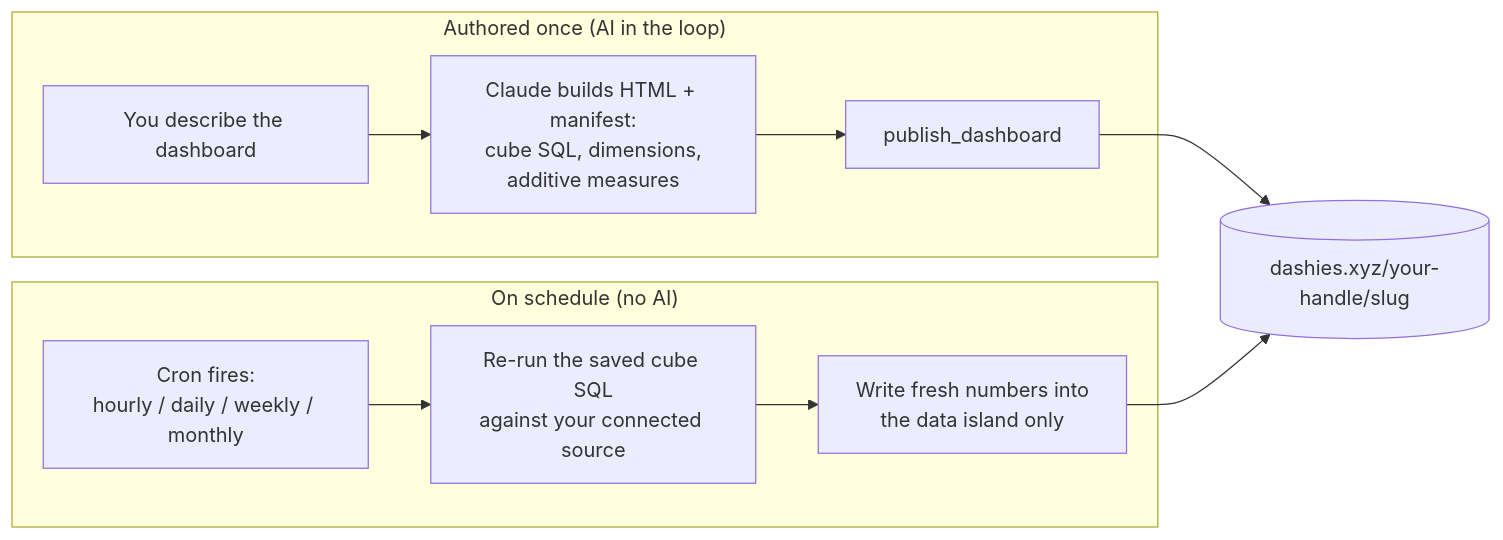
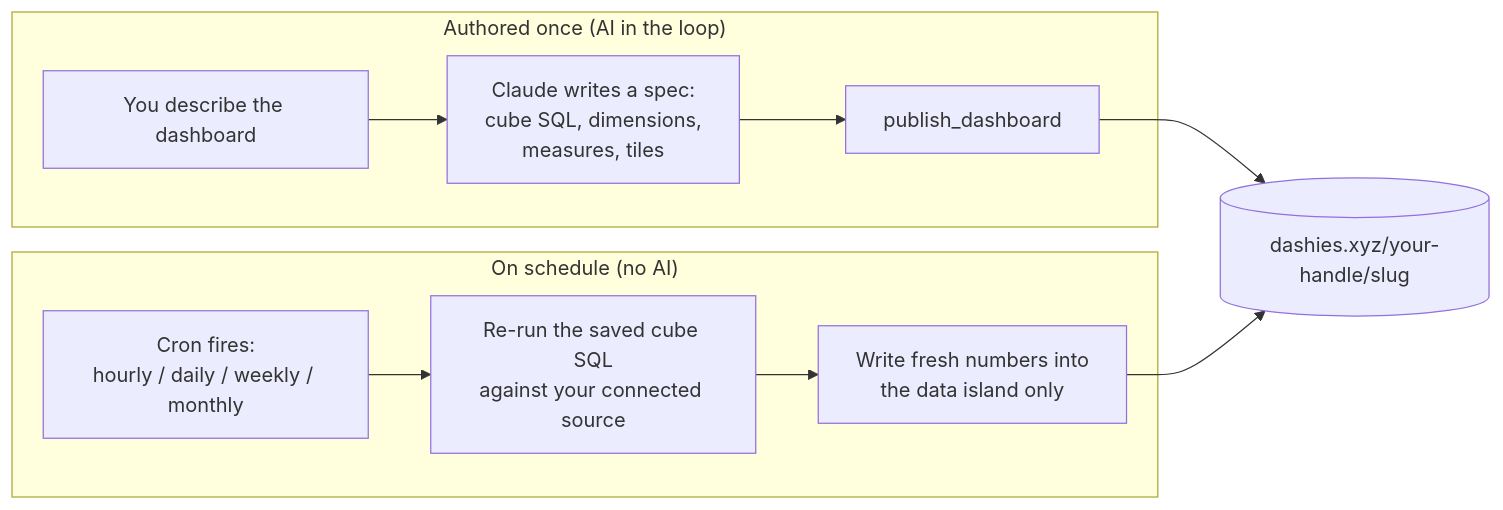
Before and after one commit to Dashies-ai/dashies-plugin: the diagram in README.md, drawn with Mermaid. The commit also changed other lines of this file and 12 other files, not shown here.

````diff
--- a/README.md
+++ b/README.md
@@ -111,13 +111,13 @@
 ```mermaid
 flowchart LR
     subgraph once["Authored once (AI in the loop)"]
-      A["You describe the dashboard"] --> B["Claude builds HTML + manifest:<br/>cube SQL, dimensions,<br/>additive measures"]
+      A["You describe the dashboard"] --> B["Claude writes a spec:<br/>cube SQL, dimensions,<br/>measures, tiles"]
       B --> C["publish_dashboard"]
     end
     C --> D[("dashies.xyz/your-handle/slug")]
     subgraph loop["On schedule (no AI)"]
       E["Cron fires:<br/>hourly / daily / weekly / monthly"] --> F["Re-run the saved cube SQL<br/>against your connected source"]
       F --> G["Write fresh numbers into<br/>the data island only"]
     end
     G --> D
 ```
````
